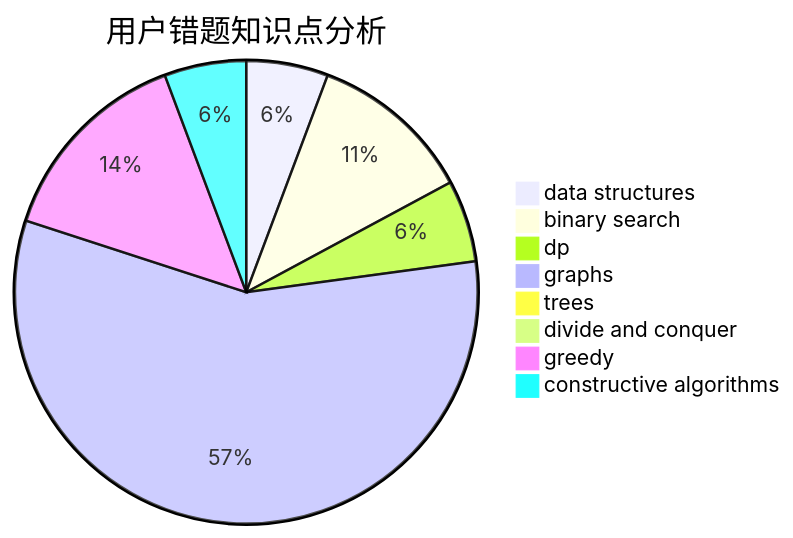
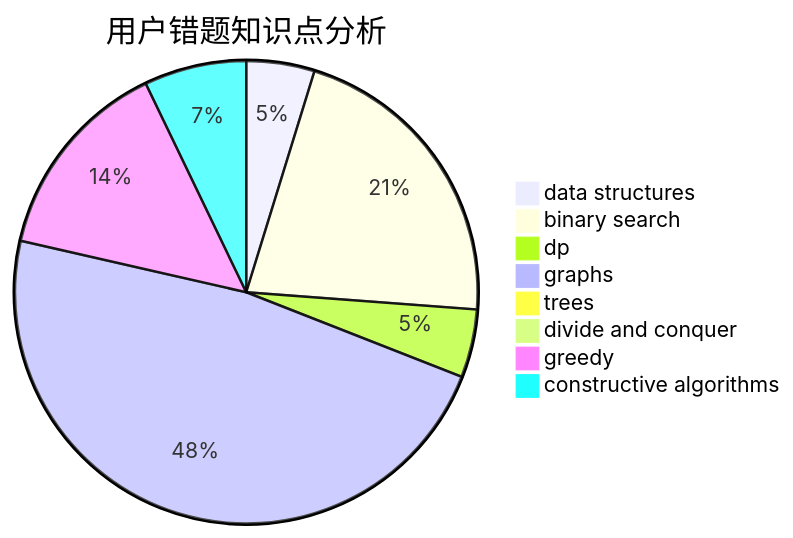
Before and after one commit to sherpahu/cfrs.github.io: the third of 3 diagrams in docs/user/u1429.md, drawn with Mermaid. The commit also changed other lines of this file and 2770 other files, not shown here.

````diff
--- a/docs/user/u1429.md
+++ b/docs/user/u1429.md
@@ -36,11 +36,11 @@
 ```mermaid
 pie title 用户错题知识点分析
     "data structures" :  2
-    "binary search" :  4
+    "binary search" :  9
     "dp" :  2
     "graphs" :  20
     "trees" :  0
     "divide and conquer" :  0
-    "greedy" :  5
-    "constructive algorithms" :  2
+    "greedy" :  6
+    "constructive algorithms" :  3
 ```
````
